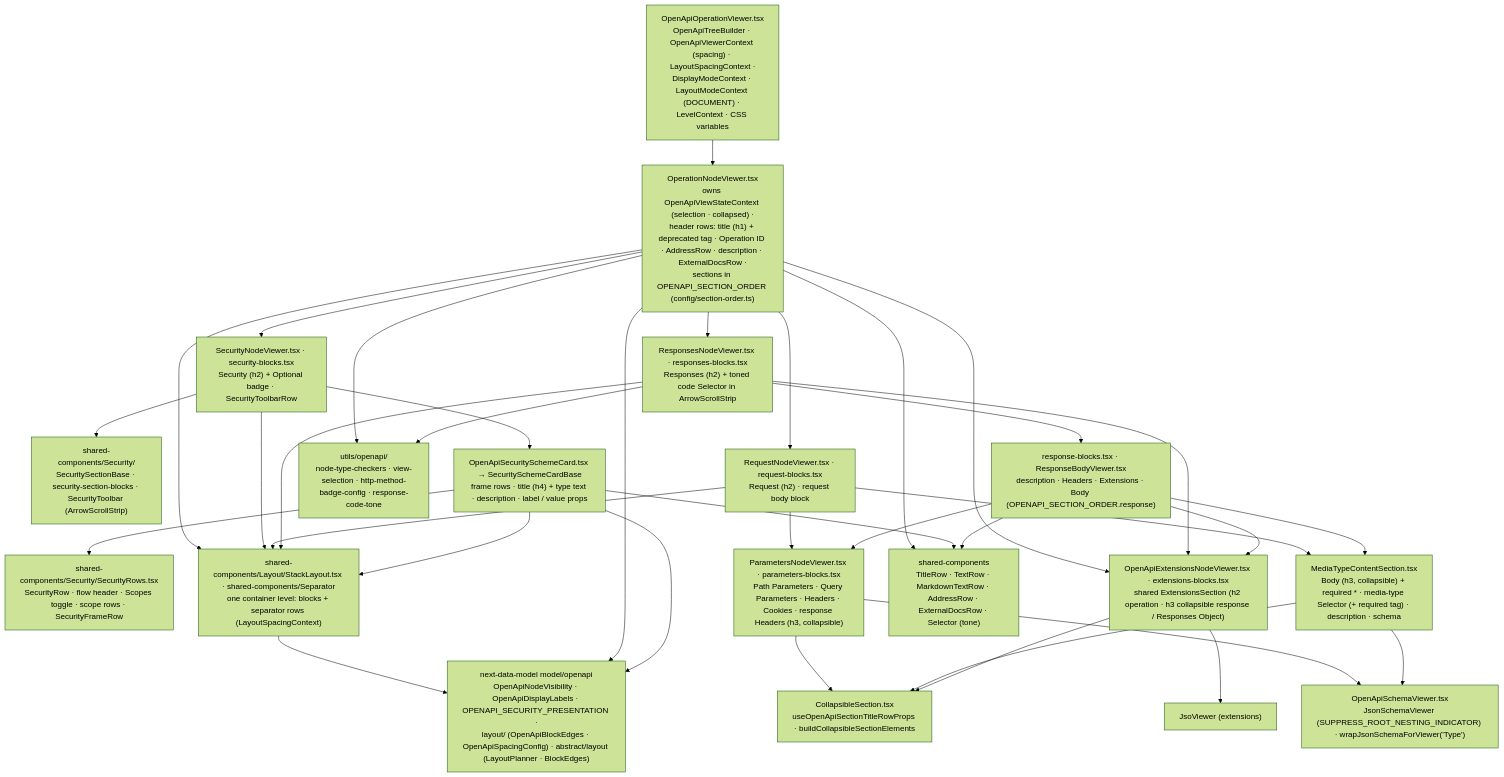
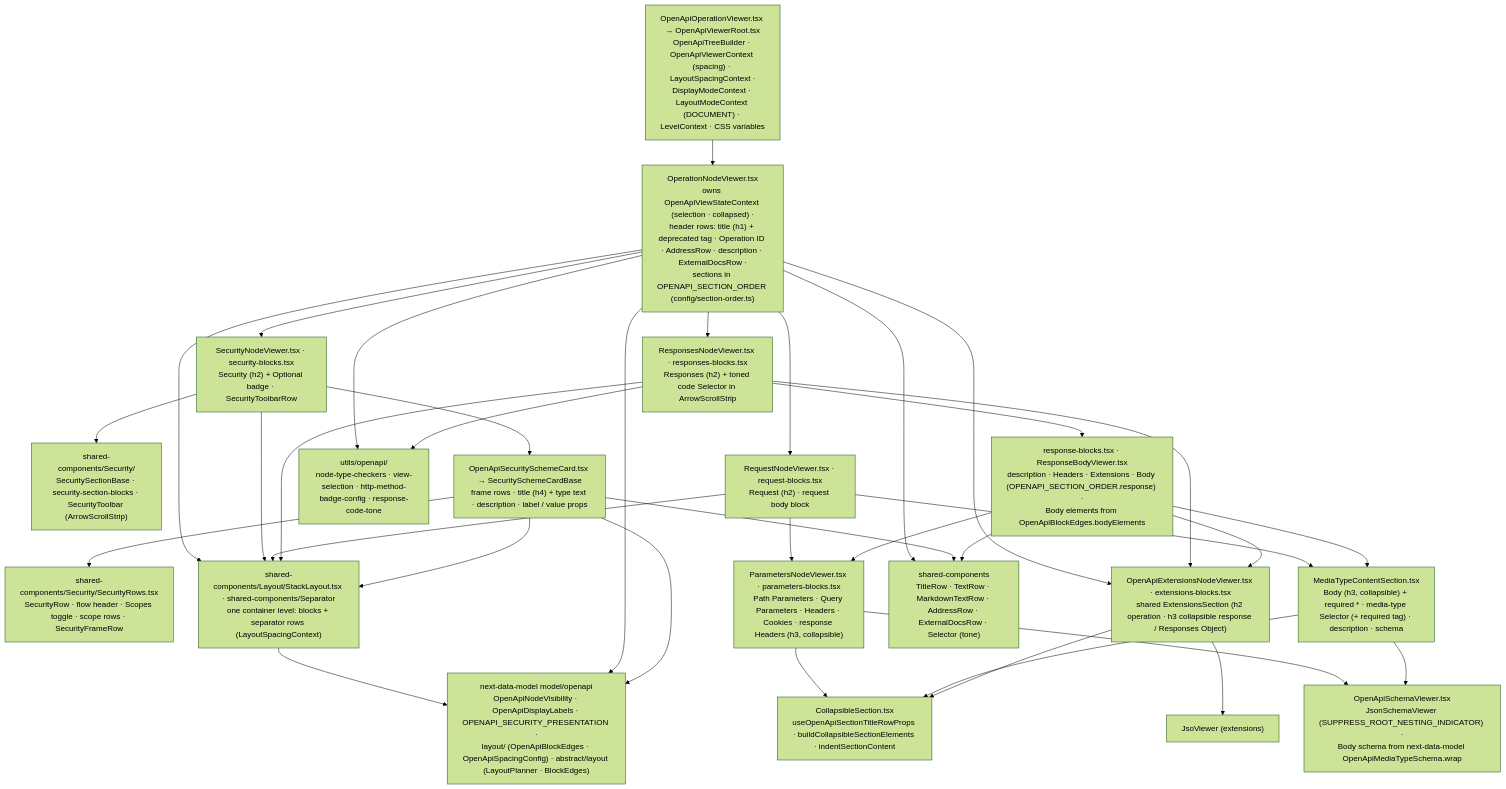
One commit to Netcracker/qubership-apihub-api-doc-viewer changed the diagram in docs/design/openapi/architecture/viewer-plain.md. Above: the diagram before and after it, drawn with Mermaid (forest theme). The commit also changed 9 other files, not shown here.

````diff
--- a/docs/design/openapi/architecture/viewer-plain.md
+++ b/docs/design/openapi/architecture/viewer-plain.md
@@ -10,57 +10,57 @@
 ```mermaid
 flowchart TB
-  Root["OpenApiOperationViewer.tsx<br/>OpenApiTreeBuilder · OpenApiViewerContext (spacing) · LayoutSpacingContext ·<br/>DisplayModeContext · LayoutModeContext (DOCUMENT) · LevelContext · CSS variables"]
+  Root["OpenApiOperationViewer.tsx → OpenApiViewerRoot.tsx<br/>OpenApiTreeBuilder · OpenApiViewerContext (spacing) · LayoutSpacingContext ·<br/>DisplayModeContext · LayoutModeContext (DOCUMENT) · LevelContext · CSS variables"]
   Operation["OperationNodeViewer.tsx<br/>owns OpenApiViewStateContext (selection · collapsed) ·<br/>header rows: title (h1) + deprecated tag · Operation ID · AddressRow · description · ExternalDocsRow ·<br/>sections in OPENAPI_SECTION_ORDER (config/section-order.ts)"]
   Security["SecurityNodeViewer.tsx · security-blocks.tsx<br/>Security (h2) + Optional badge · SecurityToolbarRow"]
   SecBase["shared-components/Security/<br/>SecuritySectionBase · security-section-blocks · SecurityToolbar (ArrowScrollStrip)"]
   Card["OpenApiSecuritySchemeCard.tsx → SecuritySchemeCardBase<br/>frame rows · title (h4) + type text · description · label / value props"]
   SecRows["shared-components/Security/SecurityRows.tsx<br/>SecurityRow · flow header · Scopes toggle · scope rows · SecurityFrameRow"]
   Extensions["OpenApiExtensionsNodeViewer.tsx · extensions-blocks.tsx<br/>shared ExtensionsSection (h2 operation · h3 collapsible response / Responses Object)"]
   Request["RequestNodeViewer.tsx · request-blocks.tsx<br/>Request (h2) · request body block"]
   Params["ParametersNodeViewer.tsx · parameters-blocks.tsx<br/>Path Parameters · Query Parameters · Headers · Cookies · response Headers (h3, collapsible)"]
   Body["MediaTypeContentSection.tsx<br/>Body (h3, collapsible) + required * · media-type Selector (+ required tag) · description · schema"]
   Responses["ResponsesNodeViewer.tsx · responses-blocks.tsx<br/>Responses (h2) + toned code Selector in ArrowScrollStrip"]
-  Response["response-blocks.tsx · ResponseBodyViewer.tsx<br/>description · Headers · Extensions · Body (OPENAPI_SECTION_ORDER.response)"]
-  Collapsible["CollapsibleSection.tsx<br/>useOpenApiSectionTitleRowProps · buildCollapsibleSectionElements"]
-  SchemaViewer["OpenApiSchemaViewer.tsx<br/>JsonSchemaViewer (SUPPRESS_ROOT_NESTING_INDICATOR) · wrapJsonSchemaForViewer('Type')"]
+  Response["response-blocks.tsx · ResponseBodyViewer.tsx<br/>description · Headers · Extensions · Body (OPENAPI_SECTION_ORDER.response) ·<br/>Body elements from OpenApiBlockEdges.bodyElements"]
+  Collapsible["CollapsibleSection.tsx<br/>useOpenApiSectionTitleRowProps · buildCollapsibleSectionElements · indentSectionContent"]
+  SchemaViewer["OpenApiSchemaViewer.tsx<br/>JsonSchemaViewer (SUPPRESS_ROOT_NESTING_INDICATOR) ·<br/>Body schema from next-data-model OpenApiMediaTypeSchema.wrap"]
   Layout["shared-components/Layout/StackLayout.tsx · shared-components/Separator<br/>one container level: blocks + separator rows (LayoutSpacingContext)"]
   ViewUtils["utils/openapi/<br/>node-type-checkers · view-selection · http-method-badge-config · response-code-tone"]
   NdmModel["next-data-model model/openapi<br/>OpenApiNodeVisibility · OpenApiDisplayLabels · OPENAPI_SECURITY_PRESENTATION ·<br/>layout/ (OpenApiBlockEdges · OpenApiSpacingConfig) · abstract/layout (LayoutPlanner · BlockEdges)"]
   Jso["JsoViewer (extensions)"]
   SharedRows["shared-components<br/>TitleRow · TextRow · MarkdownTextRow · AddressRow · ExternalDocsRow · Selector (tone)"]
 
   Root --> Operation
   Operation --> Security
   Operation --> Extensions
   Operation --> Request
   Operation --> Responses
   Security --> SecBase
   Security --> Card
   Card --> SecRows
   Request --> Params
   Request --> Body
   Responses --> Response
   Responses --> Extensions
   Response --> Params
   Response --> Extensions
   Response --> Body
   Params --> Collapsible
   Body --> Collapsible
   Extensions --> Collapsible
   Params --> SchemaViewer
   Body --> SchemaViewer
   Extensions --> Jso
   Operation --> Layout
   Security --> Layout
   Request --> Layout
   Responses --> Layout
   Card --> Layout
   Layout --> NdmModel
   Operation --> NdmModel
   Card --> NdmModel
   Operation --> ViewUtils
   Responses --> ViewUtils
   Operation --> SharedRows
   Card --> SharedRows
   Response --> SharedRows
 ```
````
